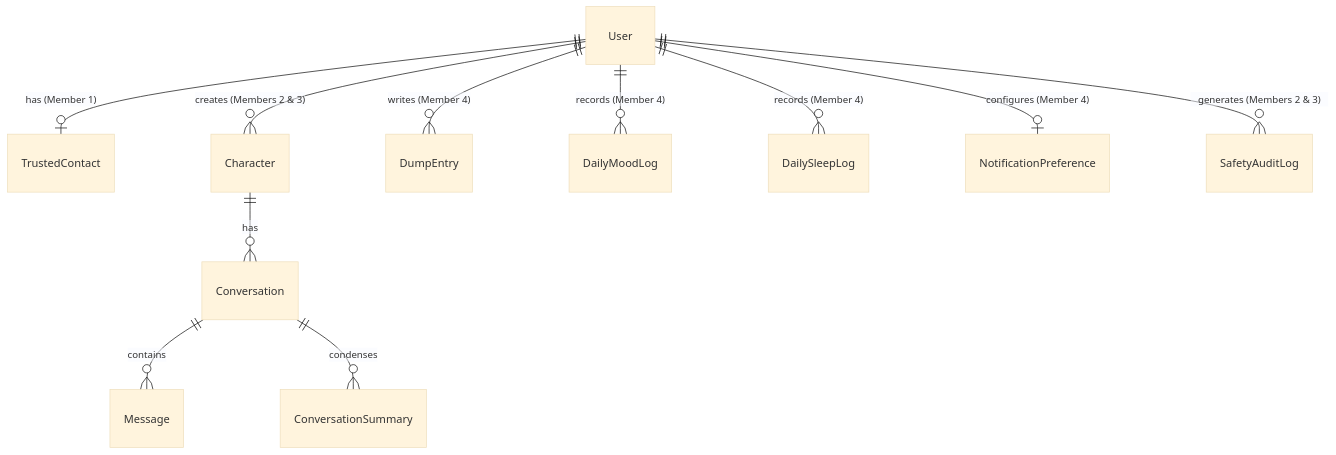
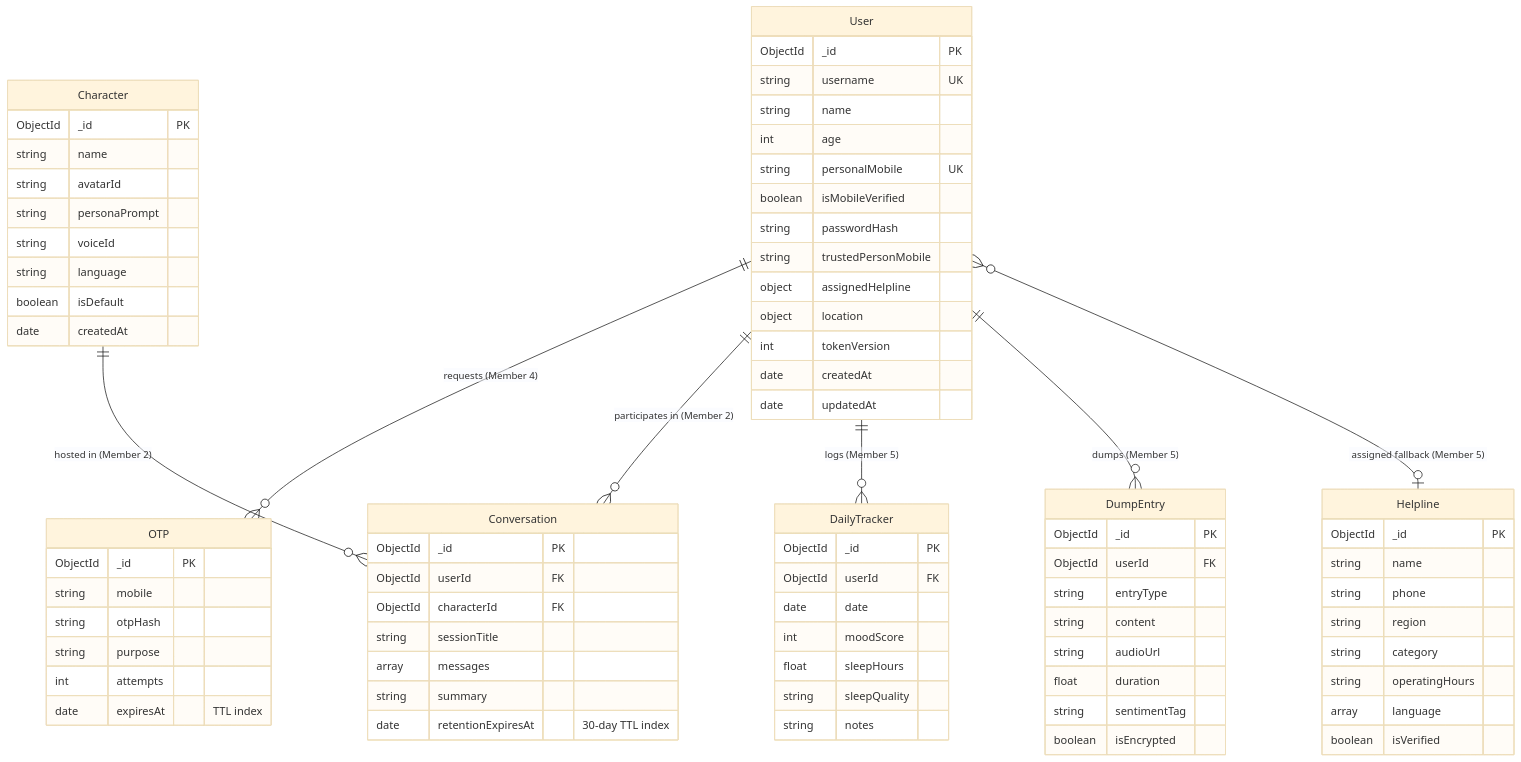
The diagram in docs/DATABASE_SCHEMA.md (T-Rohit-13/AI-BESTIE), drawn with Mermaid (base theme) before and after one commit. The commit also changed other lines of this file and 49 other files, not shown here.

````diff
--- a/docs/DATABASE_SCHEMA.md
+++ b/docs/DATABASE_SCHEMA.md
@@ -9,14 +9,87 @@
 ```mermaid
 erDiagram
-    User ||--o| TrustedContact : "has (Member 1)"
-    User ||--o{ Character : "creates (Members 2 & 3)"
-    User ||--o{ DumpEntry : "writes (Member 4)"
-    User ||--o{ DailyMoodLog : "records (Member 4)"
-    User ||--o{ DailySleepLog : "records (Member 4)"
-    User ||--o| NotificationPreference : "configures (Member 4)"
-    User ||--o{ SafetyAuditLog : "generates (Members 2 & 3)"
-    
-    Character ||--o{ Conversation : "has"
-    Conversation ||--o{ Message : "contains"
-    Conversation ||--o{ ConversationSummary : "condenses"
+    User ||--o{ OTP : "requests (Member 4)"
+    User ||--o{ Conversation : "participates in (Member 2)"
+    Character ||--o{ Conversation : "hosted in (Member 2)"
+    User ||--o{ DailyTracker : "logs (Member 5)"
+    User ||--o{ DumpEntry : "dumps (Member 5)"
+    User }o--o| Helpline : "assigned fallback (Member 5)"
+
+    User {
+        ObjectId _id PK
+        string username UK
+        string name
+        int age
+        string personalMobile UK
+        boolean isMobileVerified
+        string passwordHash
+        string trustedPersonMobile
+        object assignedHelpline
+        object location
+        int tokenVersion
+        date createdAt
+        date updatedAt
+    }
+
+    OTP {
+        ObjectId _id PK
+        string mobile
+        string otpHash
+        string purpose
+        int attempts
+        date expiresAt "TTL index"
+    }
+
+    Character {
+        ObjectId _id PK
+        string name
+        string avatarId
+        string personaPrompt
+        string voiceId
+        string language
+        boolean isDefault
+        date createdAt
+    }
+
+    Conversation {
+        ObjectId _id PK
+        ObjectId userId FK
+        ObjectId characterId FK
+        string sessionTitle
+        array messages
+        string summary
+        date retentionExpiresAt "30-day TTL index"
+    }
+
+    DailyTracker {
+        ObjectId _id PK
+        ObjectId userId FK
+        date date
+        int moodScore
+        float sleepHours
+        string sleepQuality
+        string notes
+    }
+
+    DumpEntry {
+        ObjectId _id PK
+        ObjectId userId FK
+        string entryType
+        string content
+        string audioUrl
+        float duration
+        string sentimentTag
+        boolean isEncrypted
+    }
+
+    Helpline {
+        ObjectId _id PK
+        string name
+        string phone
+        string region
+        string category
+        string operatingHours
+        array language
+        boolean isVerified
+    }
 ```
````
